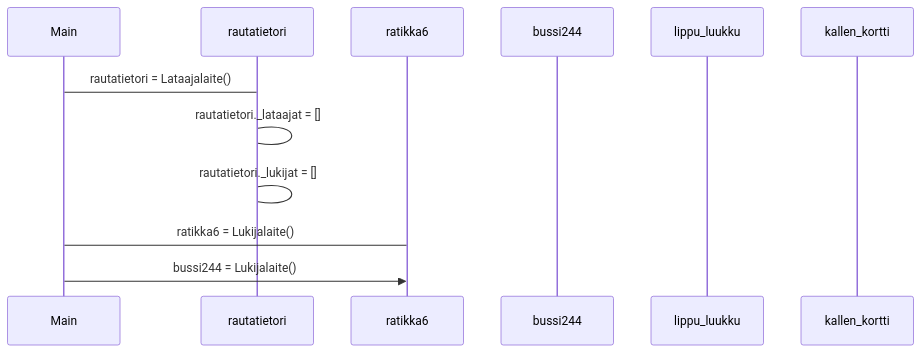
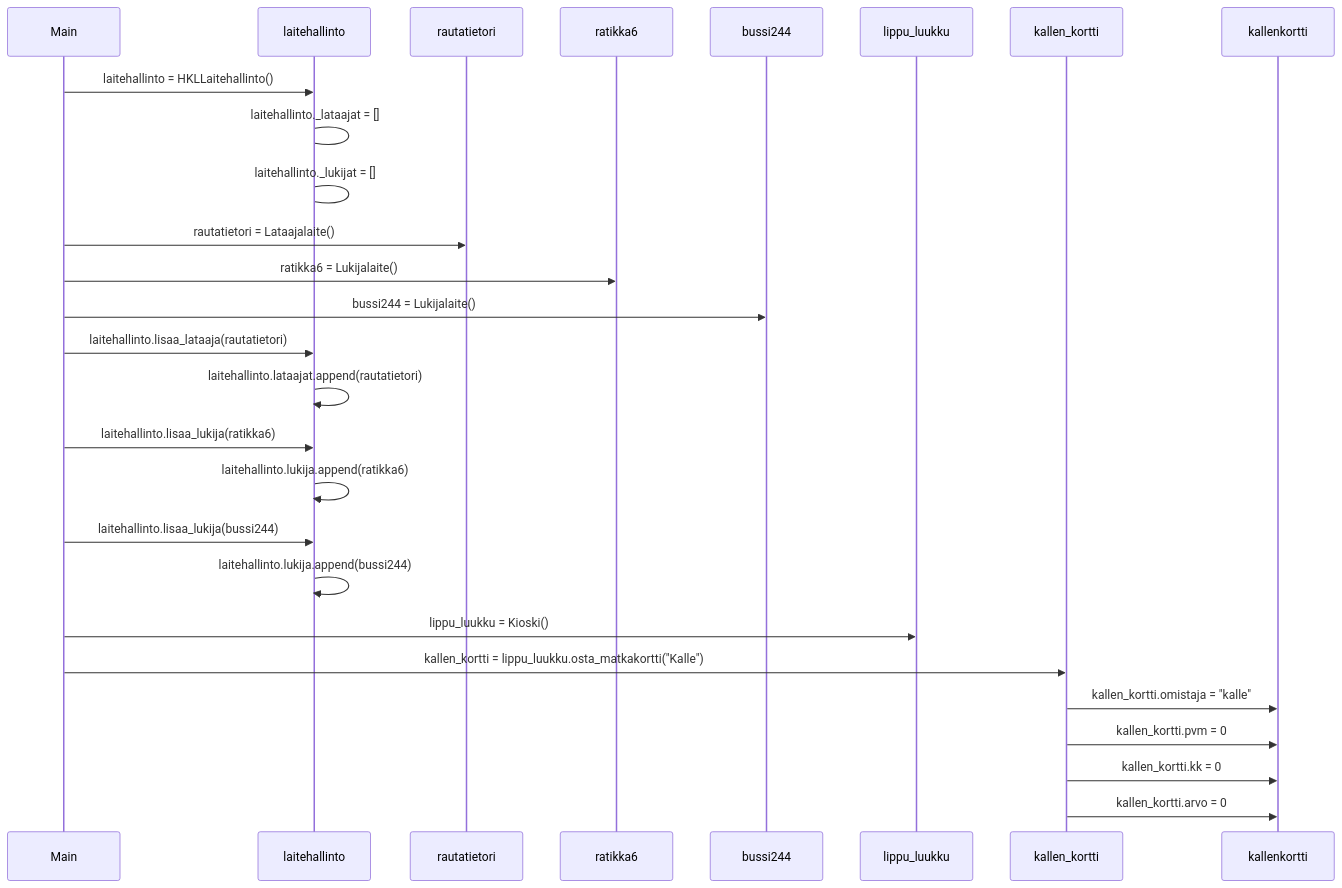
The diagram in laskarit/viikko3/matkakorttisekvenssikaavio.md (EeroAnt/ot-harjoitusty-), drawn with Mermaid before and after one commit.

Commit message:
t4 v0.03

````diff
--- a/laskarit/viikko3/matkakorttisekvenssikaavio.md
+++ b/laskarit/viikko3/matkakorttisekvenssikaavio.md
@@ -1,15 +1,29 @@
 ```mermaid
 sequenceDiagram
   participant Main
+  participant laitehallinto
   participant rautatietori
   participant ratikka6
   participant bussi244
   participant lippu_luukku
   participant kallen_kortti
-  Main->rautatietori: rautatietori = Lataajalaite()
-  rautatietori->rautatietori: rautatietori._lataajat = []
-  rautatietori->rautatietori: rautatietori._lukijat = []
-  Main->ratikka6: ratikka6 = Lukijalaite()
-  Main->>ratikka6: bussi244 = Lukijalaite()
-   
+  Main->>laitehallinto: laitehallinto = HKLLaitehallinto()
+  laitehallinto->laitehallinto: laitehallinto._lataajat = []
+  laitehallinto->laitehallinto: laitehallinto._lukijat = []
+  Main->>rautatietori: rautatietori = Lataajalaite()
+  Main->>ratikka6: ratikka6 = Lukijalaite()
+  Main->>bussi244: bussi244 = Lukijalaite()
+  Main->>laitehallinto: laitehallinto.lisaa_lataaja(rautatietori)
+  laitehallinto->>laitehallinto: laitehallinto.lataajat.append(rautatietori)
+  Main->>laitehallinto: laitehallinto.lisaa_lukija(ratikka6)
+  laitehallinto->>laitehallinto: laitehallinto.lukija.append(ratikka6)
+  Main->>laitehallinto: laitehallinto.lisaa_lukija(bussi244)
+  laitehallinto->>laitehallinto: laitehallinto.lukija.append(bussi244)
+  Main->>lippu_luukku: lippu_luukku = Kioski()
+  Main->>kallen_kortti: kallen_kortti = lippu_luukku.osta_matkakortti("Kalle")
+  kallen_kortti->>kallenkortti: kallen_kortti.omistaja = "kalle"
+  kallen_kortti->>kallenkortti: kallen_kortti.pvm = 0
+  kallen_kortti->>kallenkortti: kallen_kortti.kk = 0
+  kallen_kortti->>kallenkortti: kallen_kortti.arvo = 0
+
 ```
````
